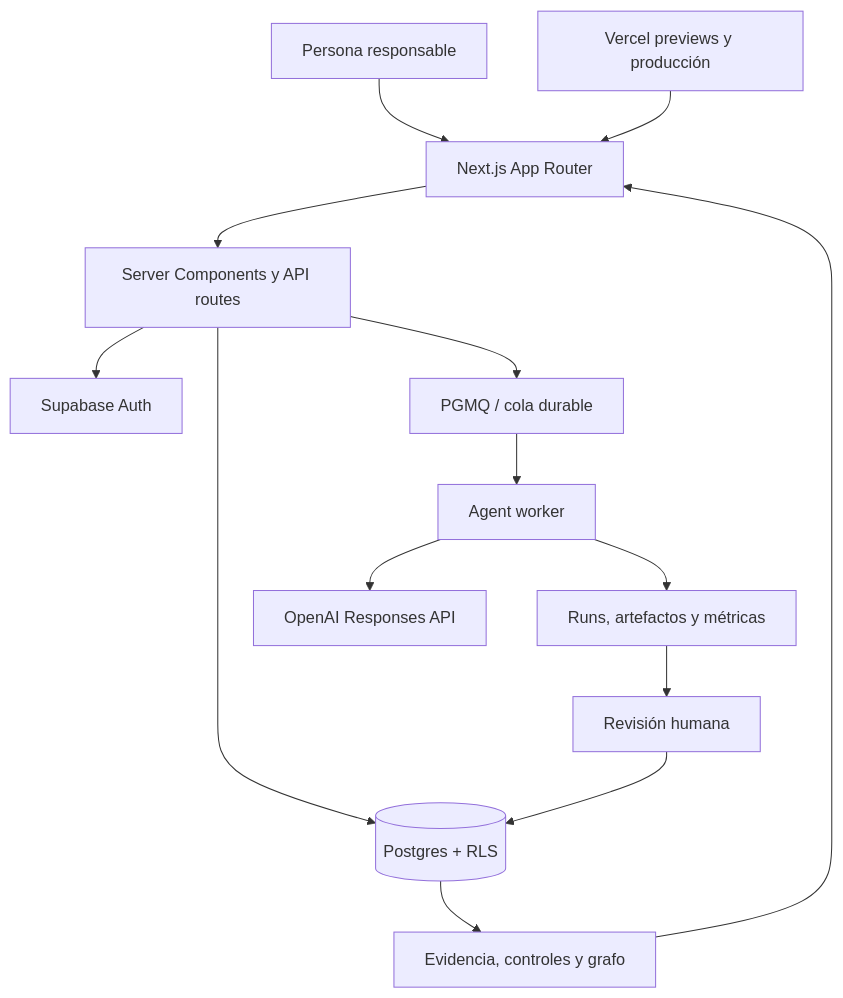
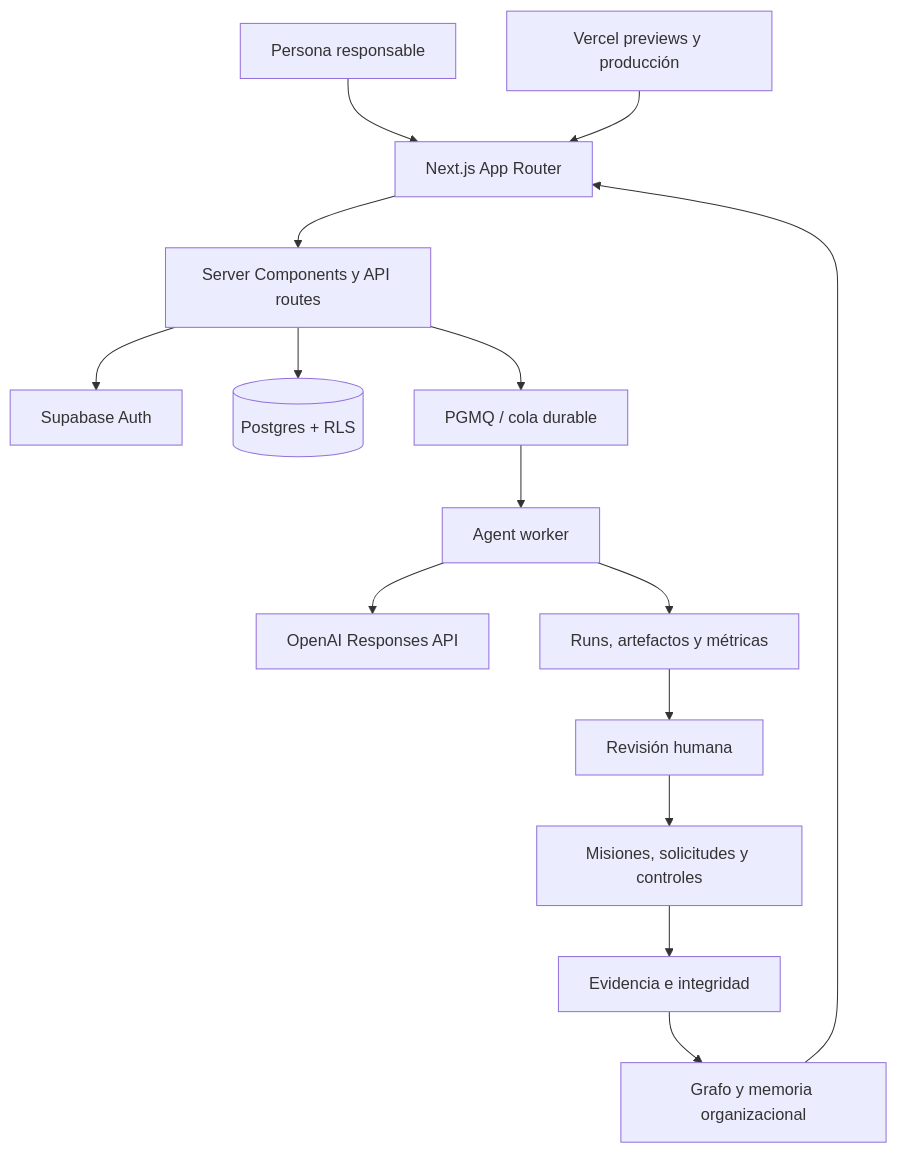
The diagram in README.md (traviscomber/kumplio), drawn with Mermaid before and after one commit. The commit also changed other lines of this file, not shown here.

````diff
--- a/README.md
+++ b/README.md
@@ -261,16 +286,17 @@
 ```mermaid
 flowchart TB
   Human[Persona responsable] --> UI[Next.js App Router]
   UI --> Server[Server Components y API routes]
   Server --> Auth[Supabase Auth]
   Server --> DB[(Postgres + RLS)]
   Server --> Queue[PGMQ / cola durable]
   Queue --> Worker[Agent worker]
   Worker --> OpenAI[OpenAI Responses API]
   Worker --> Runs[Runs, artefactos y métricas]
   Runs --> Review[Revisión humana]
-  Review --> DB
-  DB --> Evidence[Evidencia, controles y grafo]
-  Evidence --> UI
+  Review --> Work[Misiones, solicitudes y controles]
+  Work --> Evidence[Evidencia e integridad]
+  Evidence --> Memory[Grafo y memoria organizacional]
+  Memory --> UI
   Vercel[Vercel previews y producción] --> UI
 ```
````
